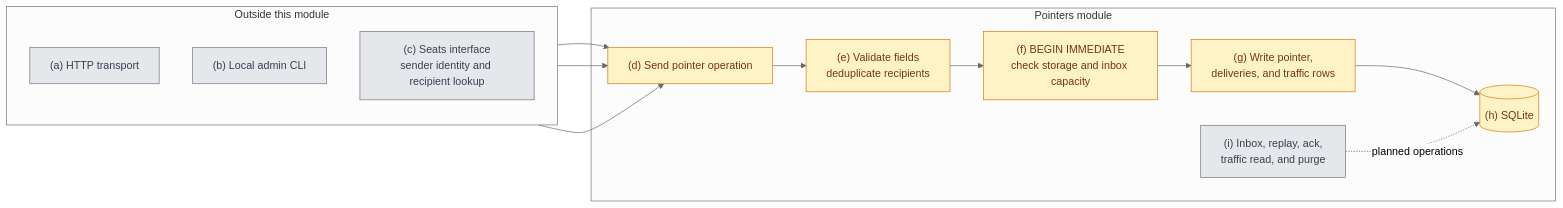
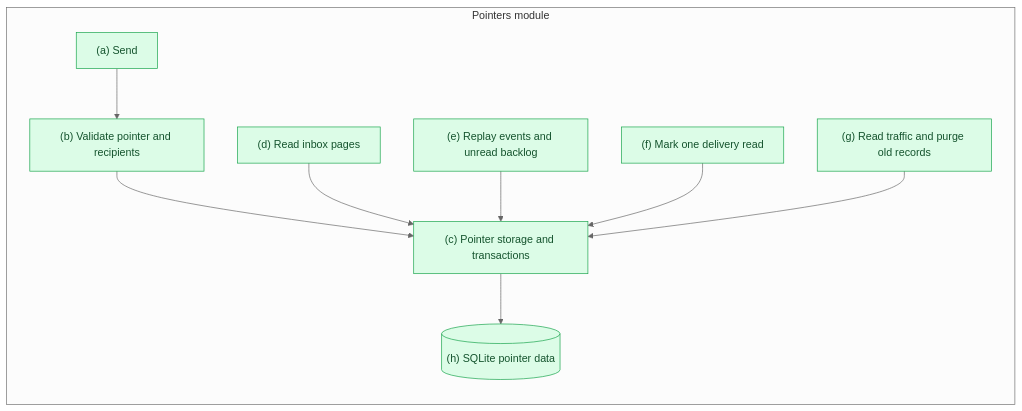
The diagram in ovue/modules/pointers/spec.md (afroguy16/ovue), drawn with Mermaid (neutral theme) before and after one commit. The commit also changed other lines of this file and 74 other files, not shown here.

````diff
--- a/ovue/modules/pointers/spec.md
+++ b/ovue/modules/pointers/spec.md
@@ -47,30 +68,15 @@
 ```mermaid
 flowchart LR
-    subgraph Adapters[Outside this module]
-        direction TB
-        HTTP["(a) HTTP transport"]
-        CLI["(b) Local admin CLI"]
-        Seats["(c) Seats interface<br/>sender identity and recipient lookup"]
+    subgraph PointerModule[Pointers module]
+        Send["(a) Send"] --> Validate["(b) Validate pointer and recipients"]
+        Validate --> Store["(c) Pointer storage and transactions"]
+        Inbox["(d) Read inbox pages"] --> Store
+        Replay["(e) Replay events and unread backlog"] --> Store
+        Ack["(f) Mark one delivery read"] --> Store
+        History["(g) Read traffic and purge old records"] --> Store
+        Store --> Database[("(h) SQLite pointer data")]
     end
 
-    subgraph PointerModule[Pointers module]
-        Send["(d) Send pointer operation"]
-        Validate["(e) Validate fields<br/>deduplicate recipients"]
-        Transaction["(f) BEGIN IMMEDIATE<br/>check storage and inbox capacity"]
-        Persist["(g) Write pointer,<br/>deliveries, and traffic rows"]
-        DB[("(h) SQLite")]
-        Other["(i) Inbox, replay, ack,<br/>traffic read, and purge"]
-
-        Send --> Validate --> Transaction --> Persist --> DB
-        Other -. planned operations .-> DB
-    end
-
-    HTTP --> Send
-    CLI --> Send
-    Seats --> Send
-
-    classDef partial fill:#fef3c7,stroke:#d97706,color:#78350f;
-    classDef todo fill:#e5e7eb,stroke:#6b7280,color:#374151;
-    class Send,Validate,Transaction,Persist,DB partial;
-    class HTTP,CLI,Seats,Other todo;
+    classDef complete fill:#dcfce7,stroke:#16a34a,color:#14532d;
+    class Send,Validate,Store,Inbox,Replay,Ack,History,Database complete;
 ```
````
